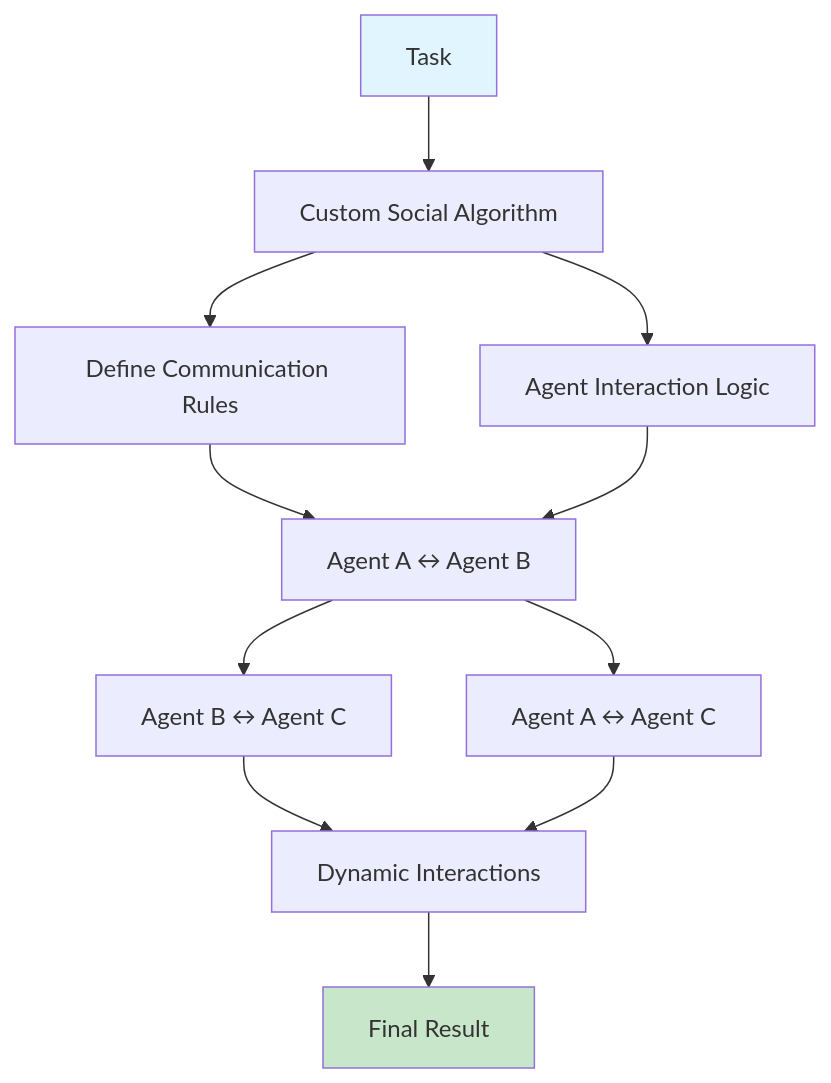
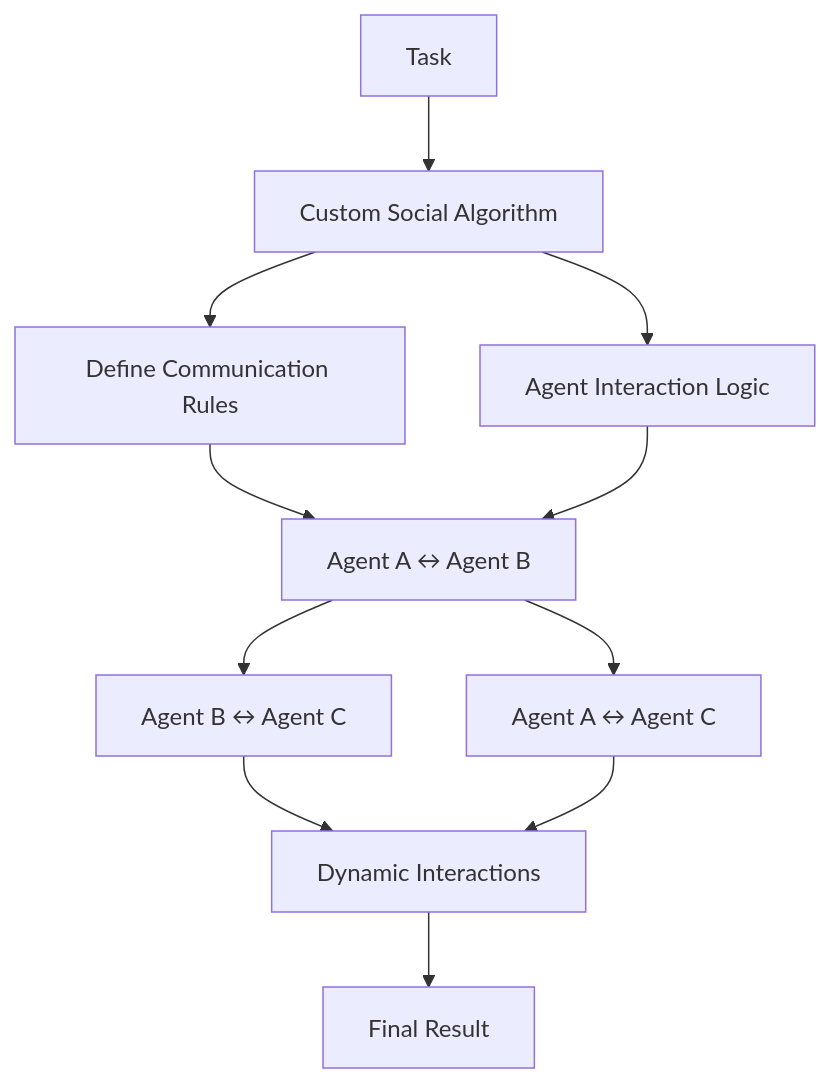
Before and after one commit to kyegomez/swarms: diagram 11 of 12 in docs/swarms/concept/how_to_choose_swarms.md, drawn with Mermaid. The commit also changed other lines of this file, not shown here.

````diff
--- a/docs/swarms/concept/how_to_choose_swarms.md
+++ b/docs/swarms/concept/how_to_choose_swarms.md
@@ -1039,21 +1019,19 @@
 ```mermaid
 graph TD
     A[Task] --> B[Custom Social Algorithm]
 
     B --> C[Define Communication Rules]
     B --> D[Agent Interaction Logic]
 
     C --> E[Agent A ↔ Agent B]
     D --> E
 
     E --> F[Agent B ↔ Agent C]
     E --> G[Agent A ↔ Agent C]
 
     F --> H[Dynamic Interactions]
     G --> H
 
     H --> I[Final Result]
 
-    style A fill:#e1f5fe
-    style I fill:#c8e6c9
 ```
````
